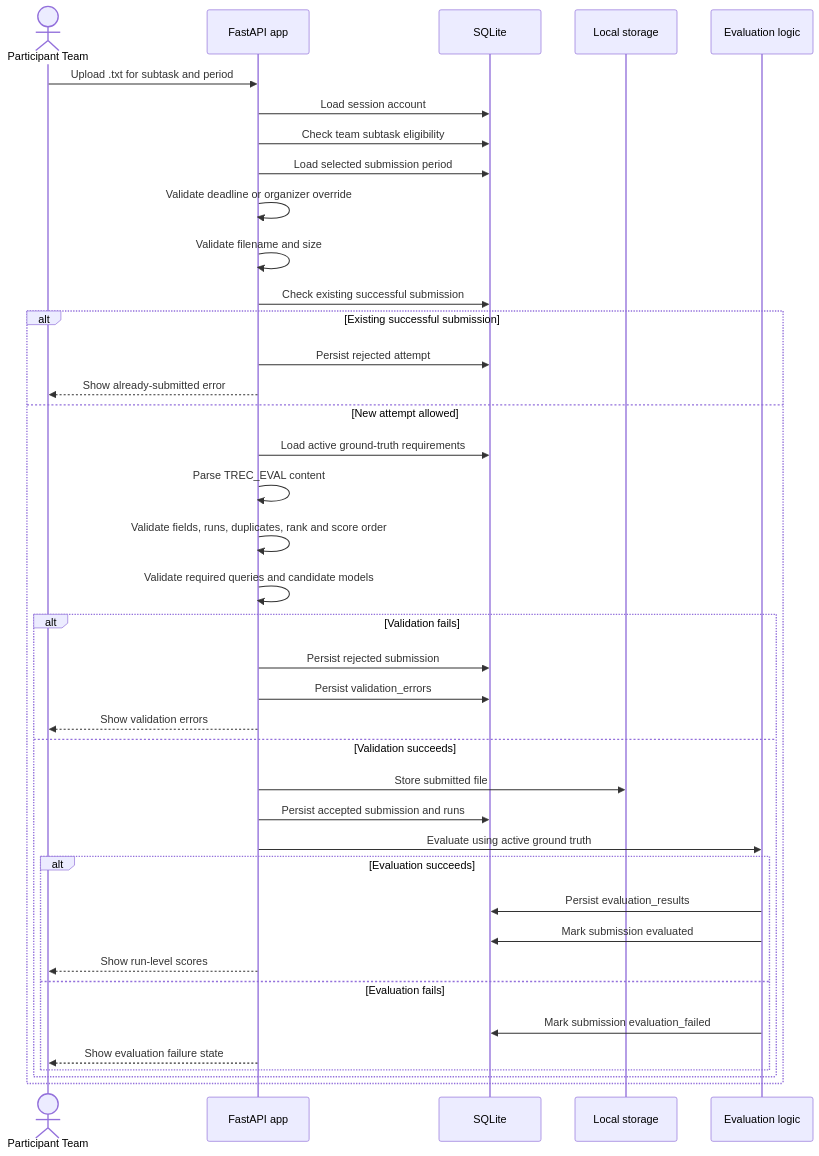
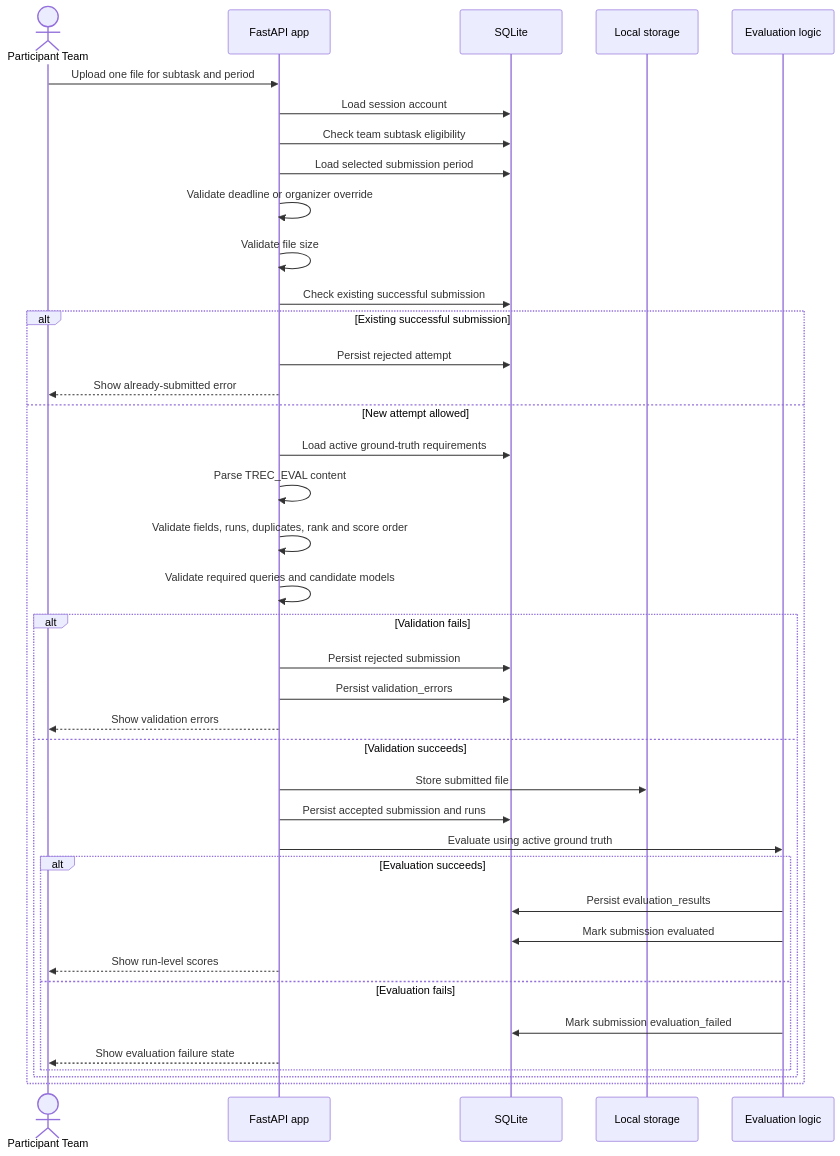
One commit to modelretrieval-1/modelretrieval-1-submission-site changed the diagram in docs/technical/submission-spec.md. Above: the diagram before and after it, drawn with Mermaid. The commit also changed other lines of this file and 6 other files, not shown here.

````diff
--- a/docs/technical/submission-spec.md
+++ b/docs/technical/submission-spec.md
@@ -22,45 +23,45 @@
 ```mermaid
 sequenceDiagram
   actor Team as Participant Team
   participant App as FastAPI app
   participant DB as SQLite
   participant Storage as Local storage
   participant Eval as Evaluation logic
 
-  Team->>App: Upload .txt for subtask and period
+  Team->>App: Upload one file for subtask and period
   App->>DB: Load session account
   App->>DB: Check team subtask eligibility
   App->>DB: Load selected submission period
   App->>App: Validate deadline or organizer override
-  App->>App: Validate filename and size
+  App->>App: Validate file size
   App->>DB: Check existing successful submission
 
   alt Existing successful submission
     App->>DB: Persist rejected attempt
     App-->>Team: Show already-submitted error
   else New attempt allowed
     App->>DB: Load active ground-truth requirements
     App->>App: Parse TREC_EVAL content
     App->>App: Validate fields, runs, duplicates, rank and score order
     App->>App: Validate required queries and candidate models
 
     alt Validation fails
       App->>DB: Persist rejected submission
       App->>DB: Persist validation_errors
       App-->>Team: Show validation errors
     else Validation succeeds
       App->>Storage: Store submitted file
       App->>DB: Persist accepted submission and runs
       App->>Eval: Evaluate using active ground truth
 
       alt Evaluation succeeds
         Eval->>DB: Persist evaluation_results
         Eval->>DB: Mark submission evaluated
         App-->>Team: Show run-level scores
       else Evaluation fails
         Eval->>DB: Mark submission evaluation_failed
         App-->>Team: Show evaluation failure state
       end
     end
   end
 ```
````
